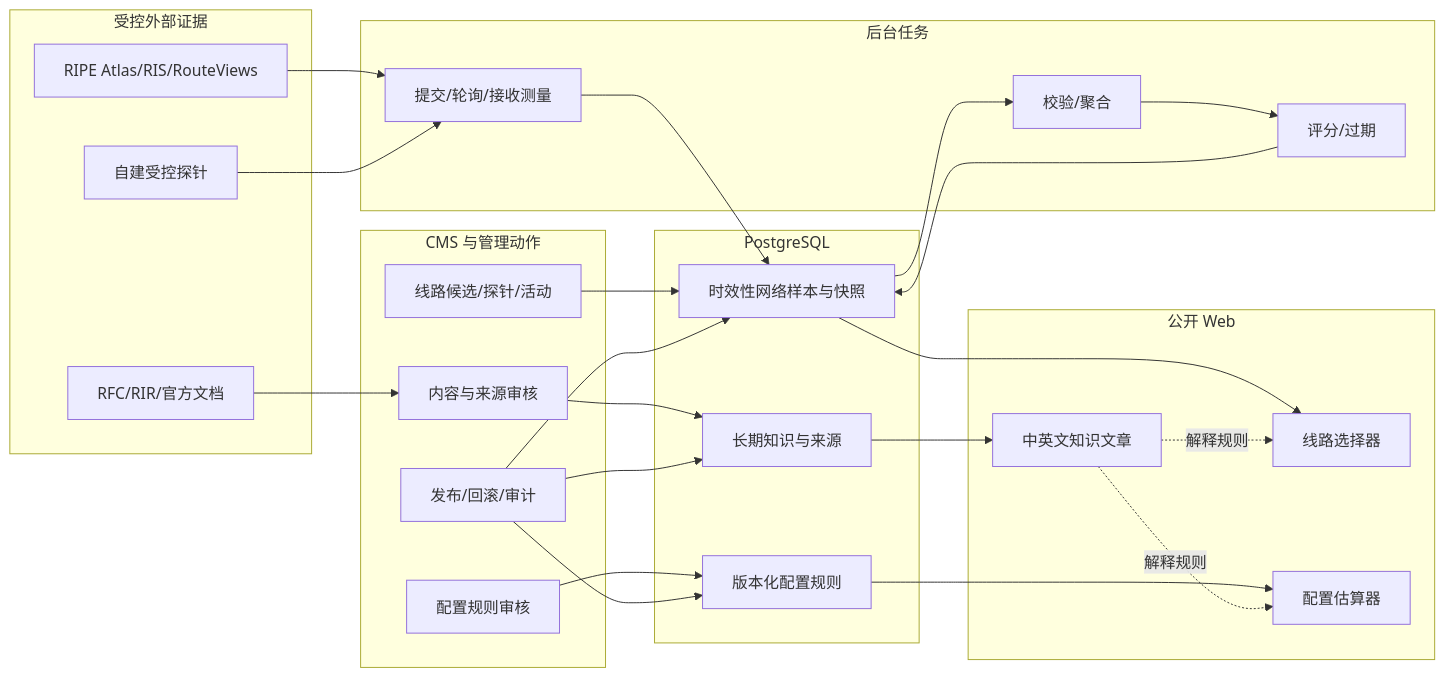
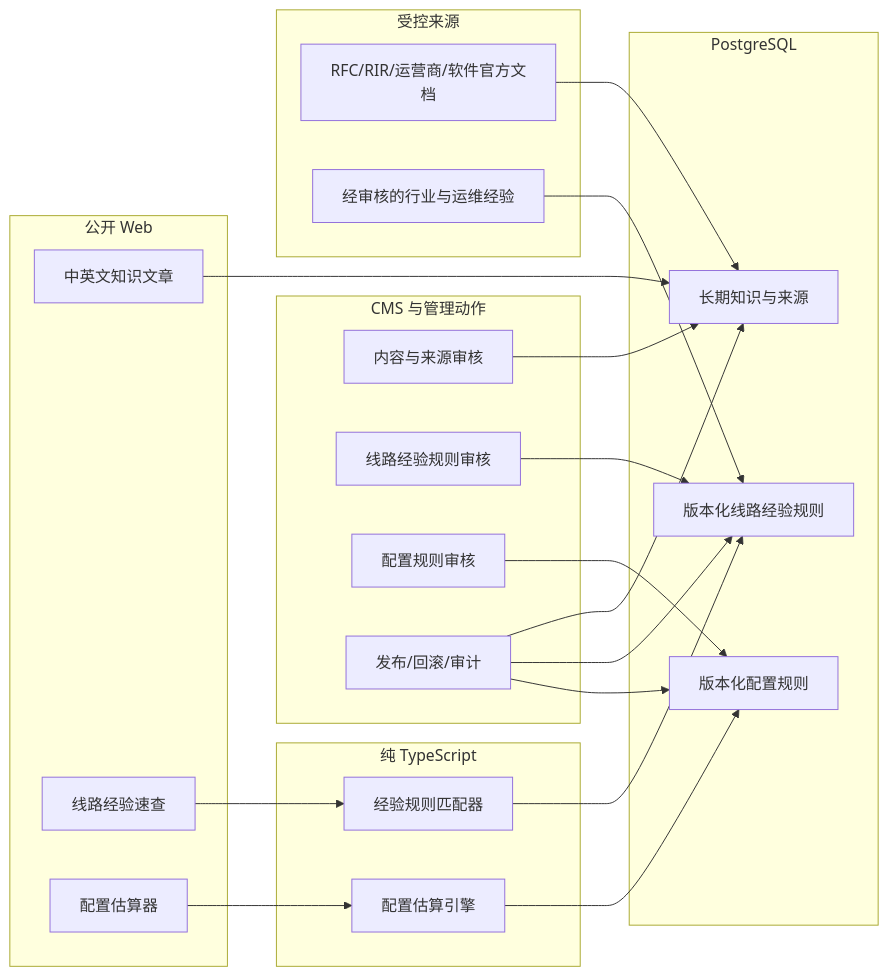
The diagram in docs/server-knowledge-decision-platform-implementation-plan.md (tye-js/fwqgo), drawn with Mermaid before and after one commit. The commit also changed other lines of this file and 62 other files, not shown here.

````diff
--- a/docs/server-knowledge-decision-platform-implementation-plan.md
+++ b/docs/server-knowledge-decision-platform-implementation-plan.md
@@ -188,50 +200,45 @@
 ```mermaid
 flowchart LR
   subgraph Public["公开 Web"]
     KB["中英文知识文章"]
-    NL["线路选择器"]
+    NG["线路经验速查"]
     SS["配置估算器"]
   end
 
   subgraph CMS["CMS 与管理动作"]
     EDIT["内容与来源审核"]
-    NC["线路候选/探针/活动"]
+    NR["线路经验规则审核"]
     SR["配置规则审核"]
     PUB["发布/回滚/审计"]
   end
 
-  subgraph Worker["后台任务"]
-    COLLECT["提交/轮询/接收测量"]
-    ROLLUP["校验/聚合"]
-    SCORE["评分/过期"]
+  subgraph Core["纯 TypeScript"]
+    MATCH["经验规则匹配器"]
+    SIZE["配置估算引擎"]
   end
 
   subgraph Data["PostgreSQL"]
     CONTENT["长期知识与来源"]
-    NETWORK["时效性网络样本与快照"]
+    EXPERIENCE["版本化线路经验规则"]
     RULES["版本化配置规则"]
   end
 
-  subgraph External["受控外部证据"]
-    OFFICIAL["RFC/RIR/官方文档"]
-    ATLAS["RIPE Atlas/RIS/RouteViews"]
-    PROBES["自建受控探针"]
+  subgraph Sources["受控来源"]
+    OFFICIAL["RFC/RIR/运营商/软件官方文档"]
+    EDITORIAL["经审核的行业与运维经验"]
   end
 
+  KB --> CONTENT
+  NG --> MATCH
+  SS --> SIZE
+  MATCH --> EXPERIENCE
+  SIZE --> RULES
   EDIT --> CONTENT
-  NC --> NETWORK
+  NR --> EXPERIENCE
   SR --> RULES
   PUB --> CONTENT
-  PUB --> NETWORK
+  PUB --> EXPERIENCE
   PUB --> RULES
-  OFFICIAL --> EDIT
-  ATLAS --> COLLECT
-  PROBES --> COLLECT
-  COLLECT --> NETWORK
-  NETWORK --> ROLLUP --> SCORE --> NETWORK
-  CONTENT --> KB
-  NETWORK --> NL
-  RULES --> SS
-  KB -. "解释规则" .-> NL
-  KB -. "解释规则" .-> SS
+  OFFICIAL --> CONTENT
+  EDITORIAL --> EXPERIENCE
 ```
````
